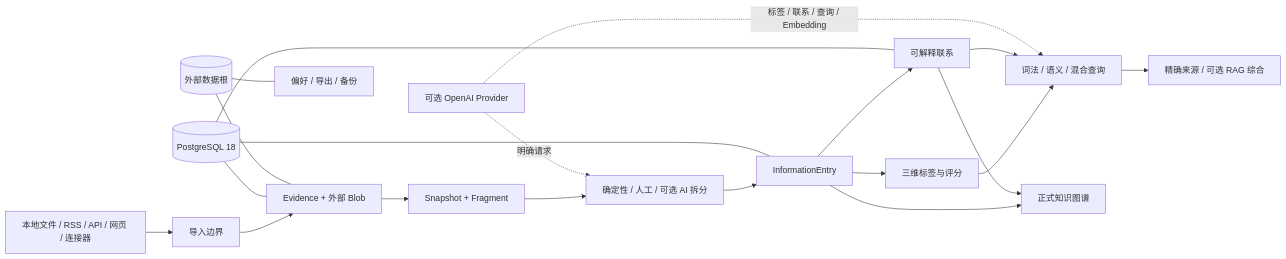
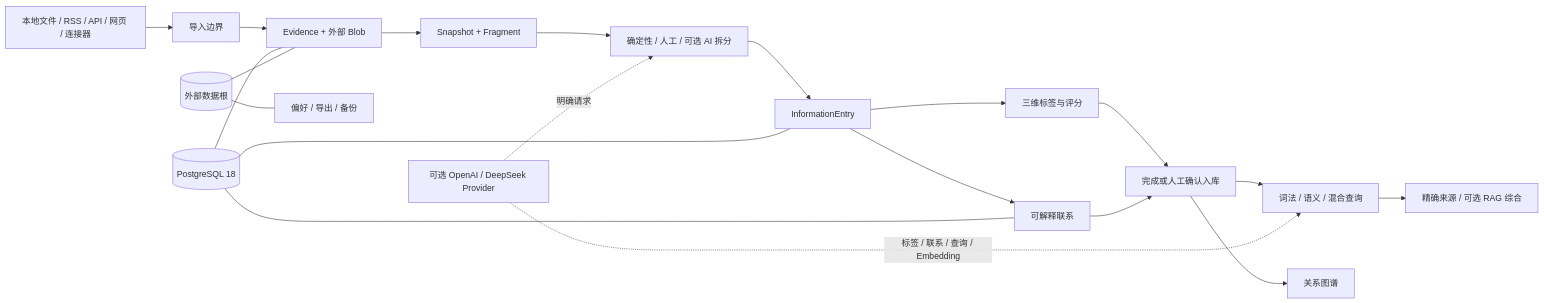
Before and after one commit to tntexploding/StruInfo: the diagram in README.md, drawn with Mermaid. The commit also changed other lines of this file and 397 other files, not shown here.

````diff
--- a/README.md
+++ b/README.md
@@ -112,23 +118,23 @@
 ```mermaid
 flowchart LR
     S[本地文件 / RSS / API / 网页 / 连接器] --> I[导入边界]
     I --> E[Evidence + 外部 Blob]
     E --> F[Snapshot + Fragment]
     F --> P[确定性 / 人工 / 可选 AI 拆分]
     P --> N[InformationEntry]
     N --> T[三维标签与评分]
     N --> A[可解释联系]
-    T --> Q[词法 / 语义 / 混合查询]
-    A --> Q
-    N --> G[正式知识图谱]
-    A --> G
+    T --> C[完成或人工确认入库]
+    A --> C
+    C --> Q[词法 / 语义 / 混合查询]
+    C --> G[关系图谱]
     Q --> R[精确来源 / 可选 RAG 综合]
 
     X[(PostgreSQL 18)] --- E
     X --- N
     X --- A
     D[(外部数据根)] --- E
     D --- U[偏好 / 导出 / 备份]
-    O[可选 OpenAI Provider] -. 明确请求 .-> P
+    O[可选 OpenAI / DeepSeek Provider] -. 明确请求 .-> P
     O -. 标签 / 联系 / 查询 / Embedding .-> Q
 ```
````
